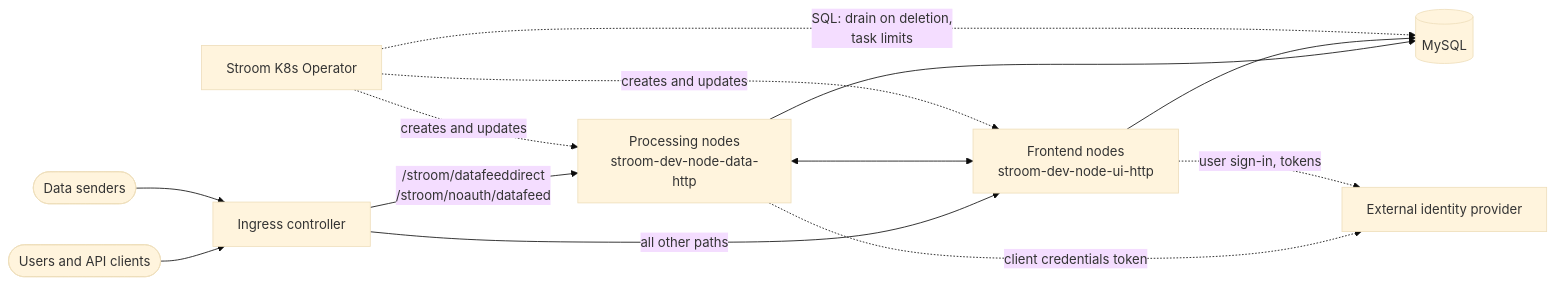
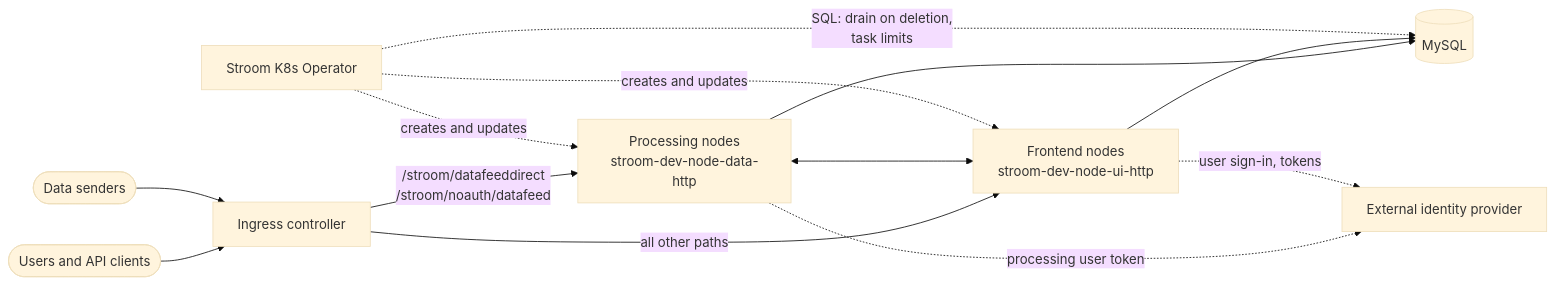
One commit to gchq/stroom-k8s-operator changed the diagram in docs/getting-started/architecture.md. Above: the diagram before and after it, drawn with Mermaid (base theme). The commit also changed 22 other files, not shown here.

Commit message:
Use the operator's API key with external identity providers too

````diff
--- a/docs/getting-started/architecture.md
+++ b/docs/getting-started/architecture.md
@@ -79,15 +79,15 @@
 ```mermaid
 flowchart LR
   users([Users and API clients]) --> ingress[Ingress controller]
   senders([Data senders]) --> ingress
   ingress -- "/stroom/datafeeddirect<br/>/stroom/noauth/datafeed" --> data["Processing nodes<br/>stroom-dev-node-data-http"]
   ingress -- "all other paths" --> ui["Frontend nodes<br/>stroom-dev-node-ui-http"]
   data <--> ui
   data --> db[(MySQL)]
   ui --> db
-  data -. "client credentials token" .-> idp[External identity provider]
+  data -. "processing user token" .-> idp[External identity provider]
   ui -. "user sign-in, tokens" .-> idp
   operator[Stroom K8s Operator] -. "creates and updates" .-> data
   operator -. "creates and updates" .-> ui
   operator -. "SQL: drain on deletion,<br/>task limits" .-> db
 ```
````
